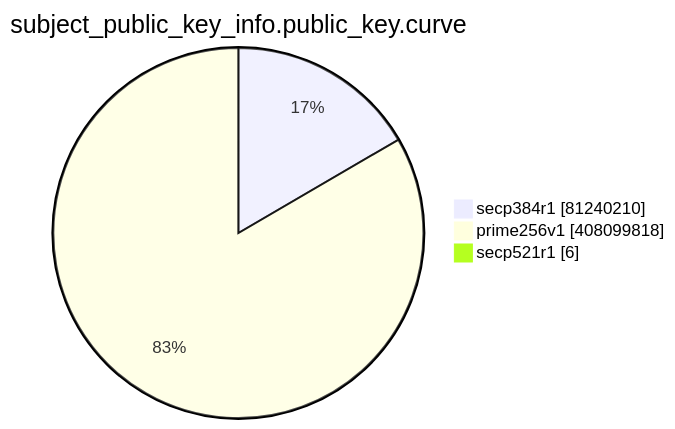
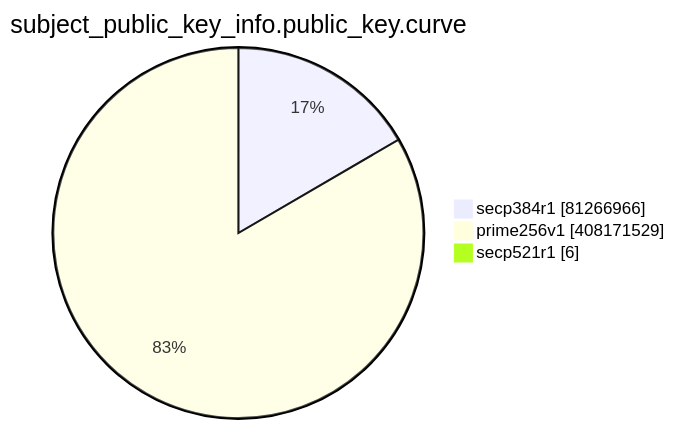
One commit to christiankrug/ctmonitor_visualization changed the eighth of 15 diagrams in TOTAL/README.md. Above: the diagram before and after it, drawn with Mermaid. The commit also changed other lines of this file, not shown here.

````diff
--- a/TOTAL/README.md
+++ b/TOTAL/README.md
@@ -3096,7 +3096,7 @@
 ```mermaid
 pie showData
 title subject_public_key_info.public_key.curve
-"secp384r1" :81240210
-"prime256v1" :408099818
+"secp384r1" :81266966
+"prime256v1" :408171529
 "secp521r1" :6
 ```
````
